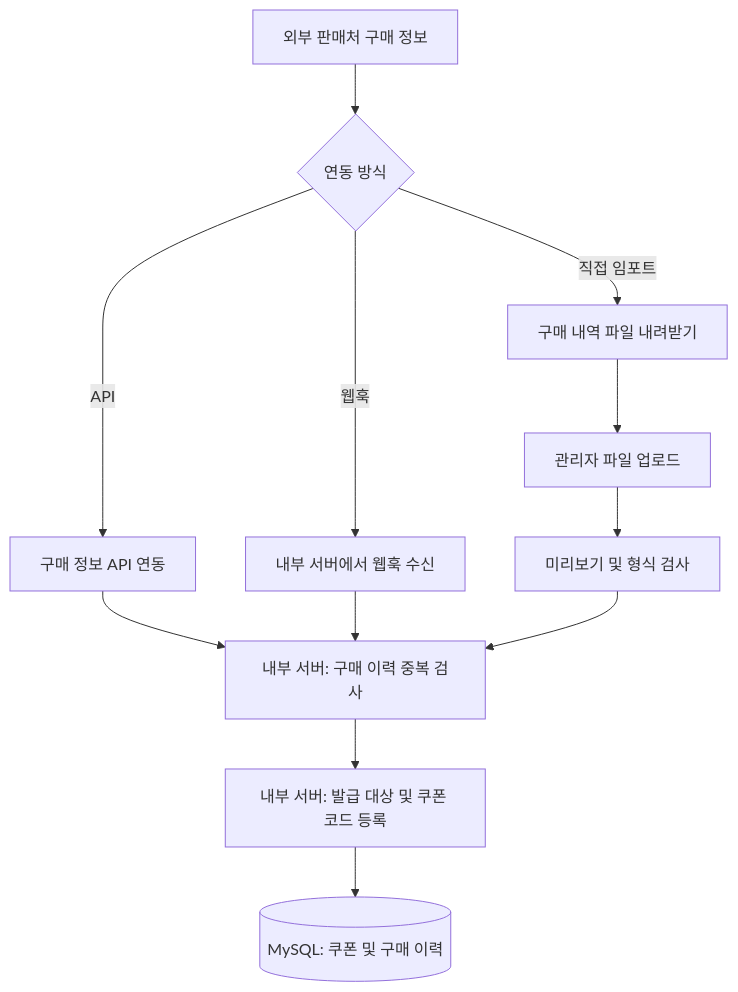
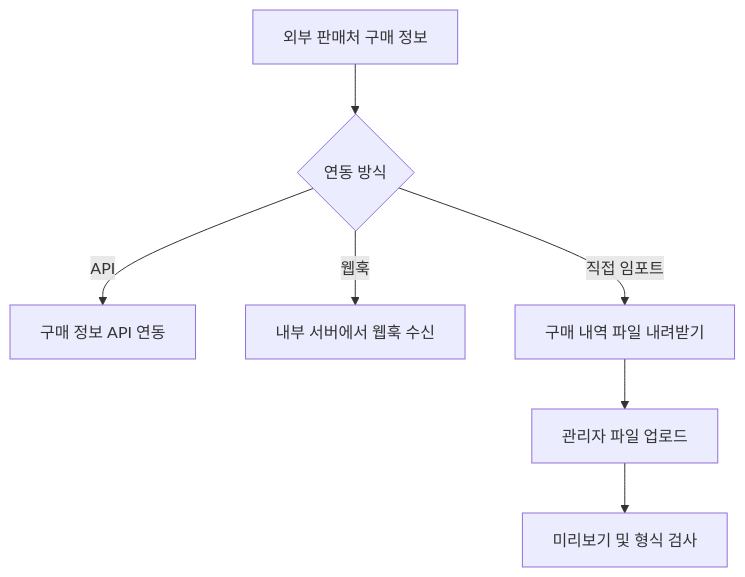
The second of 5 diagrams in projects/education-services/promotion.md (KimHG1995/work-history), drawn with Mermaid before and after one commit. The commit also changed other lines of this file and 9 other files, not shown here.

Commit message:
docs: 공개 Mermaid 흐름을 단계별로 나눠 가독성 개선

````diff
--- a/projects/education-services/promotion.md
+++ b/projects/education-services/promotion.md
@@ -103,14 +105,17 @@
 ```mermaid
 flowchart TB
-    partner["외부 판매처 구매 정보"] --> method{"연동 방식"}
-    method -->|API| api["구매 정보 API 연동"]
-    method -->|웹훅| webhook["내부 서버에서 웹훅 수신"]
-    method -->|직접 임포트| export["구매 내역 파일 내려받기"]
-    export --> upload["관리자 파일 업로드"]
-    upload --> preview["미리보기 및 형식 검사"]
-    api --> validate["내부 서버: 구매 이력 중복 검사"]
-    webhook --> validate
-    preview --> validate
-    validate --> register["내부 서버: 발급 대상 및 쿠폰 코드 등록"]
-    register --> db[("MySQL: 쿠폰 및 구매 이력")]
+    partner["외부 판매처 구매 정보"]
+    method{"연동 방식"}
+    api["구매 정보 API 연동"]
+    webhook["내부 서버에서 웹훅 수신"]
+    export["구매 내역 파일 내려받기"]
+    upload["관리자 파일 업로드"]
+    preview["미리보기 및 형식 검사"]
+
+    partner --> method
+    method -->|API| api
+    method -->|웹훅| webhook
+    method -->|직접 임포트| export
+    export --> upload
+    upload --> preview
 ```
````
